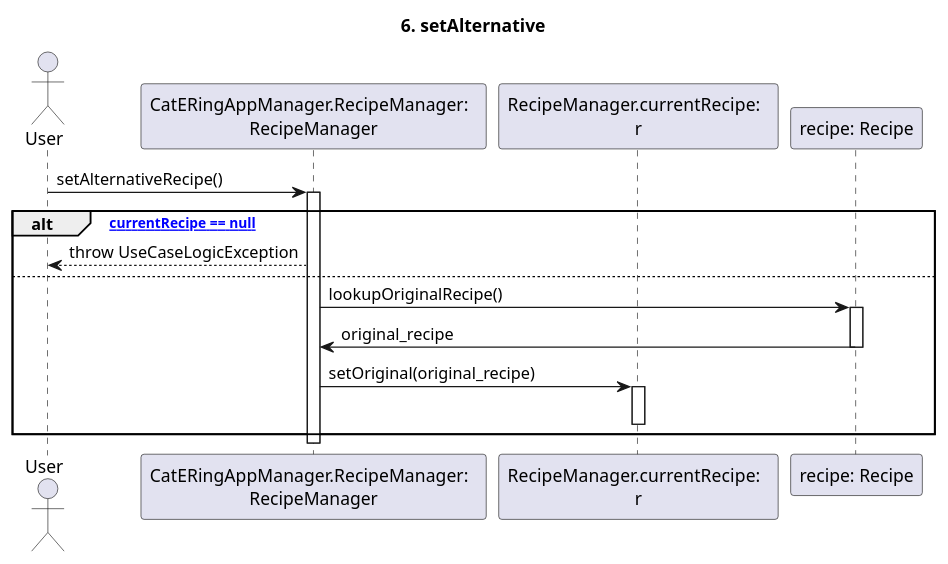
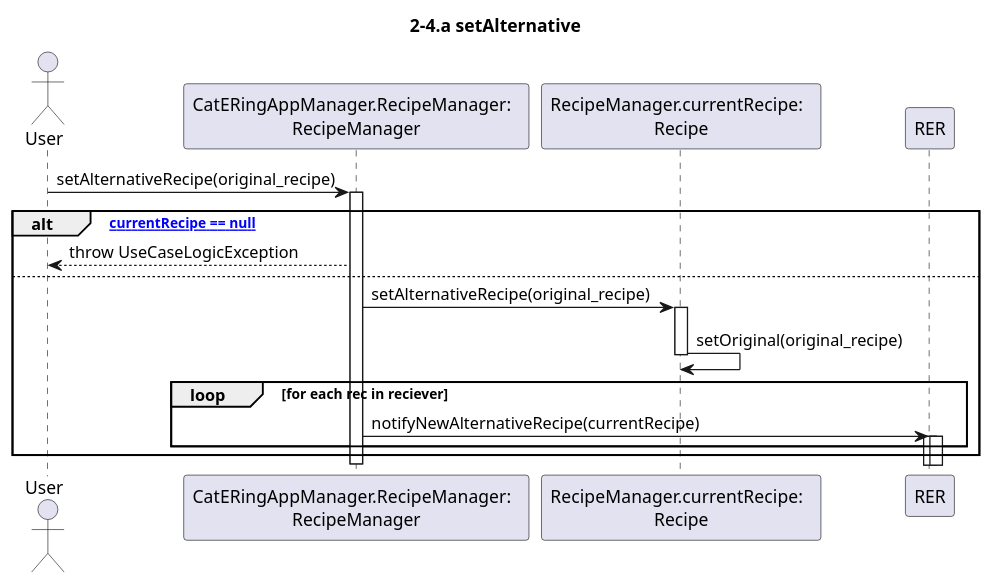
The diagram in dsd/dsd-ricette/estensioni/6-setAlternative.md (m0canu1/sas), drawn with PlantUML before and after one commit. The commit also changed 11 other files, not shown here.

````diff
--- a/dsd/dsd-ricette/estensioni/6-setAlternative.md
+++ b/dsd/dsd-ricette/estensioni/6-setAlternative.md
@@ -1,28 +1,28 @@
 ```plantuml
 
-title: 6. setAlternative
+title: 2-4.a setAlternative
 
 Actor User
 Participant "CatERingAppManager.RecipeManager:  \nRecipeManager" as RM
-Participant "RecipeManager.currentRecipe:  \nr" as CR
+Participant "RecipeManager.currentRecipe:  \nRecipe" as CR
 
-User -> RM: setAlternativeRecipe()
+User -> RM: setAlternativeRecipe(original_recipe)
 Activate RM
 
 alt ["currentRecipe == null"]
 	RM --> User: throw UseCaseLogicException
-else 
-
-	RM -> "recipe: Recipe": lookupOriginalRecipe()
-	Activate "recipe: Recipe"
-	"recipe: Recipe" -> RM: original_recipe
-	Deactivate "recipe: Recipe"
-	
-	RM -> CR: setOriginal(original_recipe)
+else
+	RM -> CR: setAlternativeRecipe(original_recipe)
 	Activate CR
+	CR -> CR: setOriginal(original_recipe)
 	Deactivate CR
+	loop for each rec in reciever
+		RM -> RER: notifyNewAlternativeRecipe(currentRecipe)
+		activate RER
+		activate RER
+	end
 end
 Deactivate RM
 
 
 ```
````
